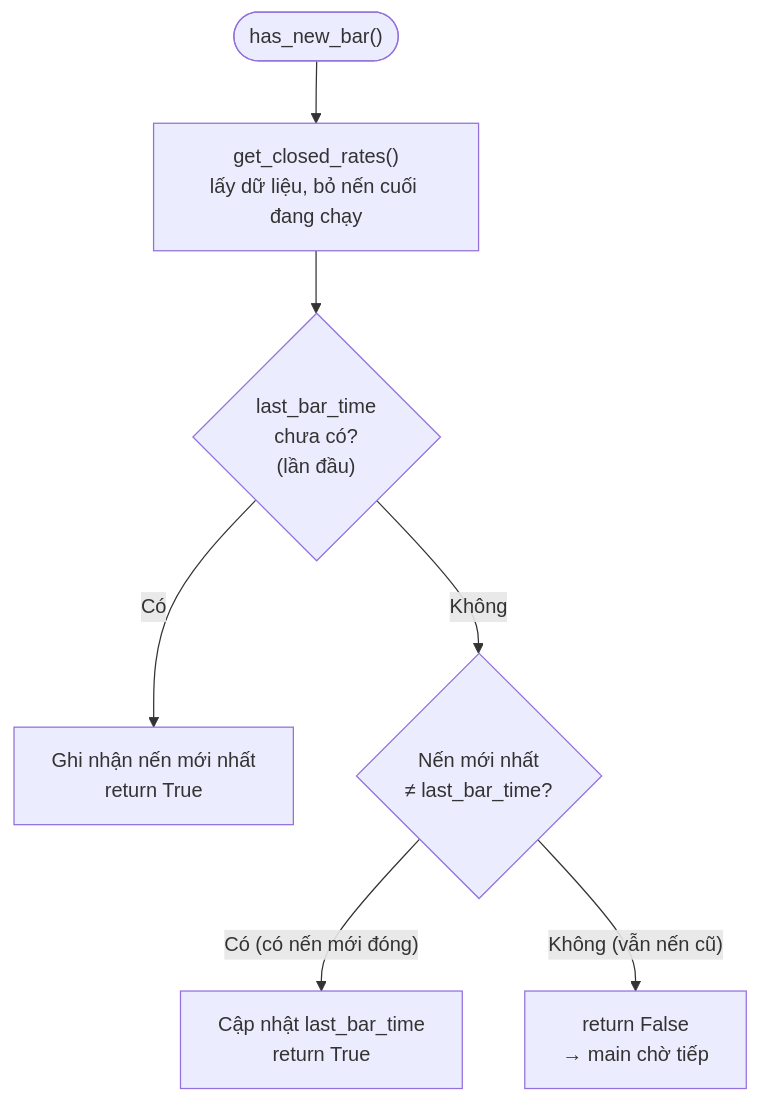
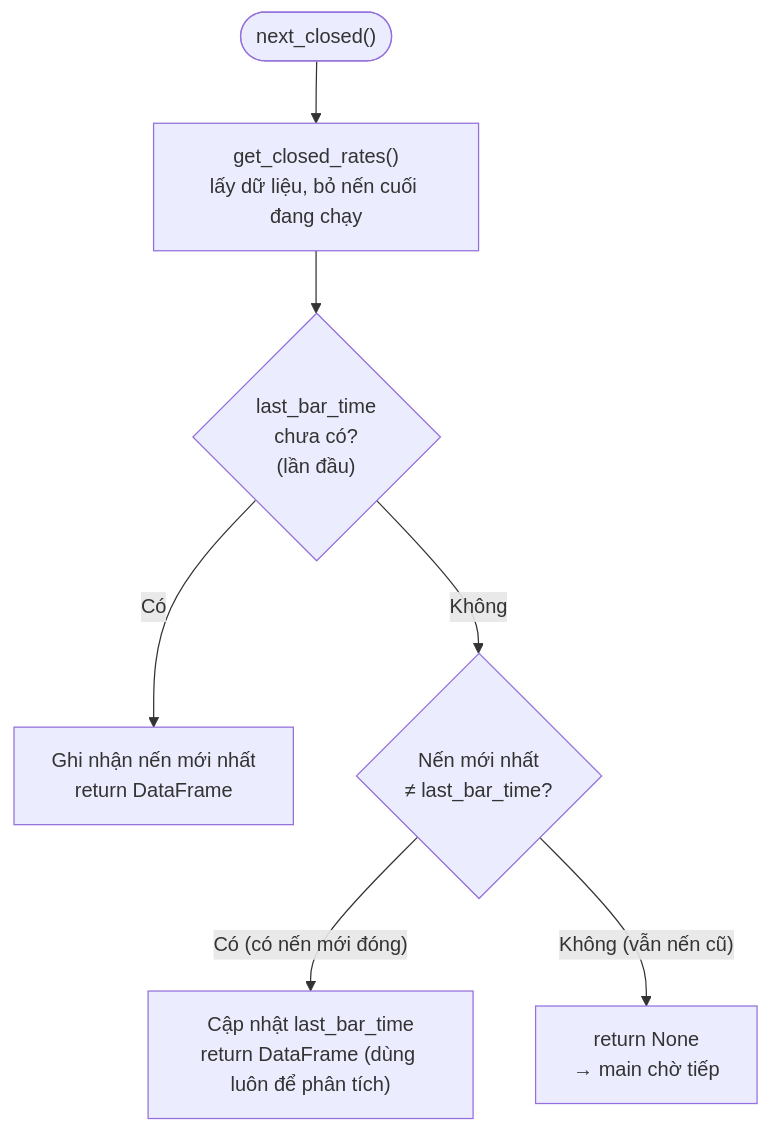
Before and after one commit to loinguyen2447/bottrader1: the second of 7 diagrams in so_do_hoat_dong.md, drawn with Mermaid. The commit also changed other lines of this file and 6 other files, not shown here.

````diff
--- a/so_do_hoat_dong.md
+++ b/so_do_hoat_dong.md
@@ -77,9 +77,9 @@
 ```mermaid
 flowchart TD
-    S(["has_new_bar()"]) --> A["get_closed_rates()<br/>lấy dữ liệu, bỏ nến cuối đang chạy"]
+    S(["next_closed()"]) --> A["get_closed_rates()<br/>lấy dữ liệu, bỏ nến cuối đang chạy"]
     A --> B{"last_bar_time<br/>chưa có?<br/>(lần đầu)"}
-    B -- "Có" --> C["Ghi nhận nến mới nhất<br/>return True"]
+    B -- "Có" --> C["Ghi nhận nến mới nhất<br/>return DataFrame"]
     B -- "Không" --> D{"Nến mới nhất<br/>≠ last_bar_time?"}
-    D -- "Có (có nến mới đóng)" --> E["Cập nhật last_bar_time<br/>return True"]
-    D -- "Không (vẫn nến cũ)" --> F["return False<br/>→ main chờ tiếp"]
+    D -- "Có (có nến mới đóng)" --> E["Cập nhật last_bar_time<br/>return DataFrame (dùng luôn để phân tích)"]
+    D -- "Không (vẫn nến cũ)" --> F["return None<br/>→ main chờ tiếp"]
 ```
````
